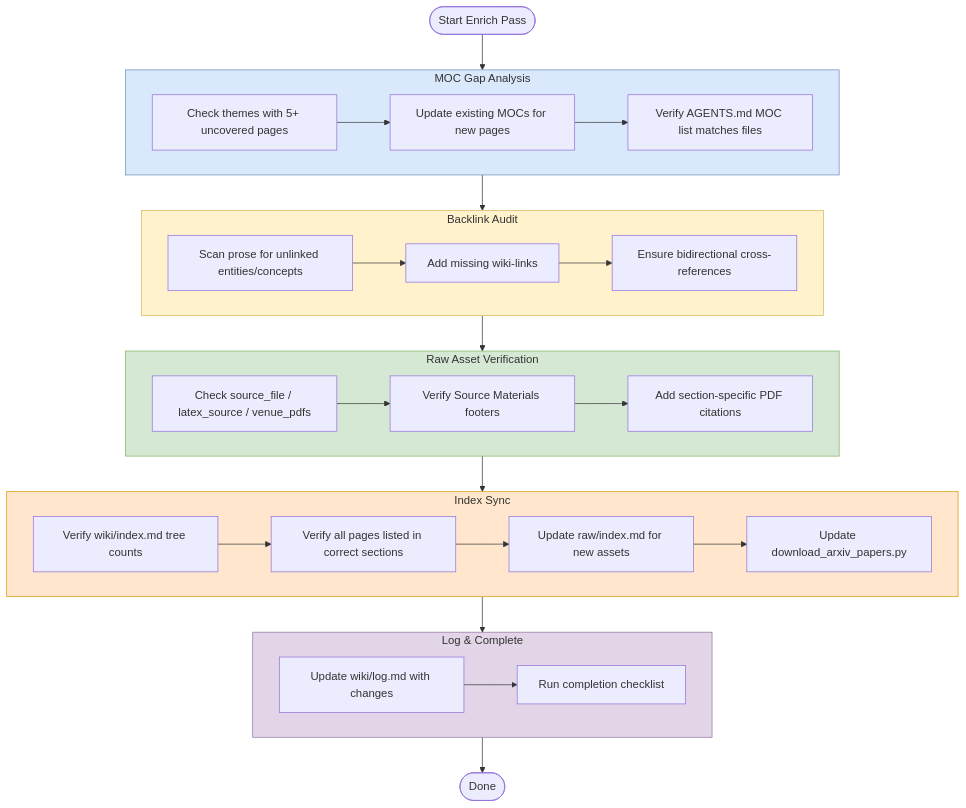
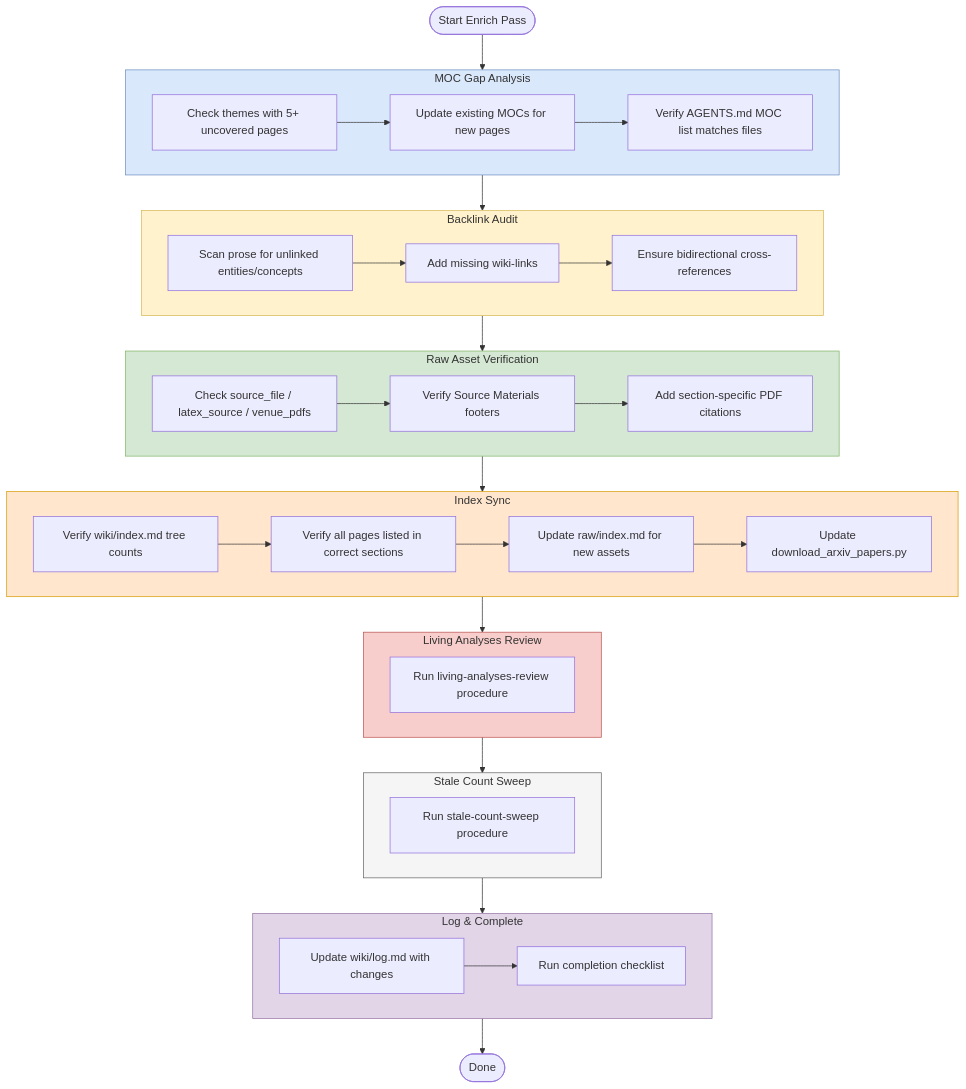
The diagram in workflows/enrich/enrich.md (CompleteTech-LLC-AI-Research/beyond-the-token-bottleneck), drawn with Mermaid before and after one commit. The commit also changed other lines of this file, not shown here.

Commit message:
refactor(enrich): add missing procedures, fix step numbering, remove orphaned conditional
- Add living-analyses-review call after MOC update step
- Add stale-count-sweep call after living-analyses-review
- Update mermaid diagram with new Living Analyses Review and Stale Count Sweep phases
- Renumber procedure steps 5-8 to reflect new additions
- Remove orphaned slug-collision rename conditional (belongs in bulk-source-rename)
- Separate conflated frontmatter + footer checks into distinct sub-steps
- Add concept-partial-bidirectionality reference to Backlink Audit step

````diff
--- a/workflows/enrich/enrich.md
+++ b/workflows/enrich/enrich.md
@@ -3,54 +3,68 @@
 ```mermaid
 graph TD
     Start([Start Enrich Pass]) --> MOC
 
     subgraph MOC["MOC Gap Analysis"]
         style MOC fill:#dae8fc,stroke:#6c8ebf
         M1[Check themes with 5+ uncovered pages]
         M2[Update existing MOCs for new pages]
 M3[Verify AGENTS.md MOC list matches files]
         M1 --> M2 --> M3
     end
 
     MOC --> BL
 
     subgraph BL["Backlink Audit"]
         style BL fill:#fff2cc,stroke:#d6b656
         B1[Scan prose for unlinked entities/concepts]
         B2[Add missing wiki-links]
         B3[Ensure bidirectional cross-references]
         B1 --> B2 --> B3
     end
 
     BL --> RA
 
     subgraph RA["Raw Asset Verification"]
         style RA fill:#d5e8d4,stroke:#82b366
         R1[Check source_file / latex_source / venue_pdfs]
         R2[Verify Source Materials footers]
         R3[Add section-specific PDF citations]
         R1 --> R2 --> R3
     end
 
     RA --> IX
 
     subgraph IX["Index Sync"]
         style IX fill:#ffe6cc,stroke:#d79b00
         I1[Verify wiki/index.md tree counts]
         I2[Verify all pages listed in correct sections]
         I3[Update raw/index.md for new assets]
         I4[Update download_arxiv_papers.py]
         I1 --> I2 --> I3 --> I4
     end
 
-    IX --> LOG
+    IX --> LAR
+
+    subgraph LAR["Living Analyses Review"]
+        style LAR fill:#f8cecc,stroke:#b85450
+        A1[Run living-analyses-review procedure]
+    end
+
+    LAR --> SCS
+
+    subgraph SCS["Stale Count Sweep"]
+        style SCS fill:#f5f5f5,stroke:#666666
+        S1[Run stale-count-sweep procedure]
+    end
+
+    SCS --> LOG
 
     subgraph LOG["Log & Complete"]
         style LOG fill:#e1d5e7,stroke:#9673a6
         L1[Update wiki/log.md with changes]
         L2[Run completion checklist]
         L1 --> L2
     end
 
     LOG --> Done([Done])
 ```
````
